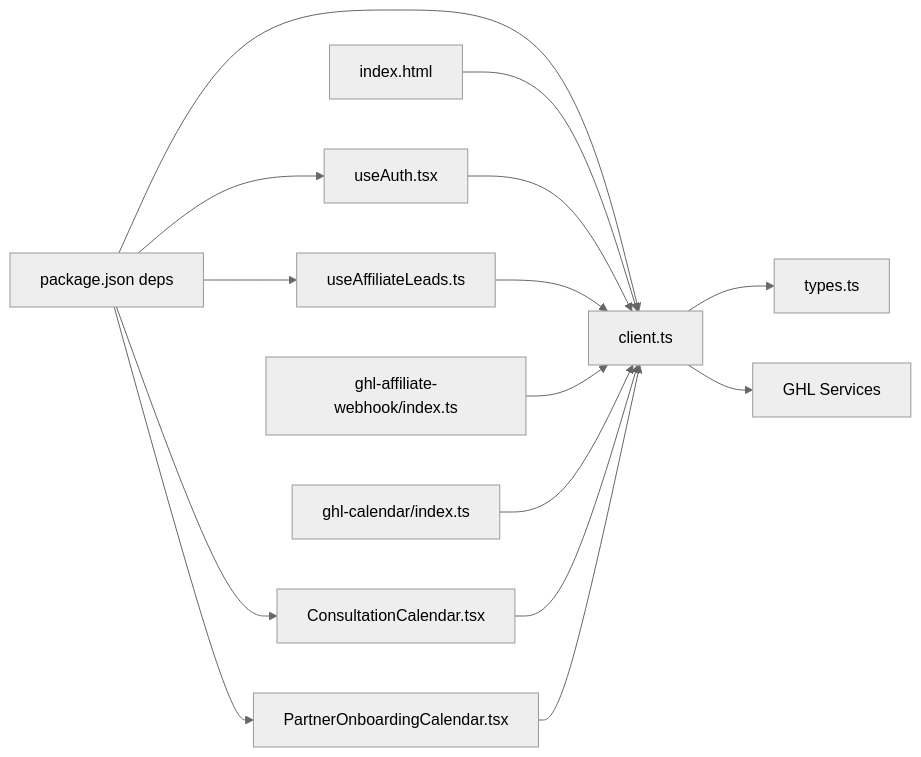
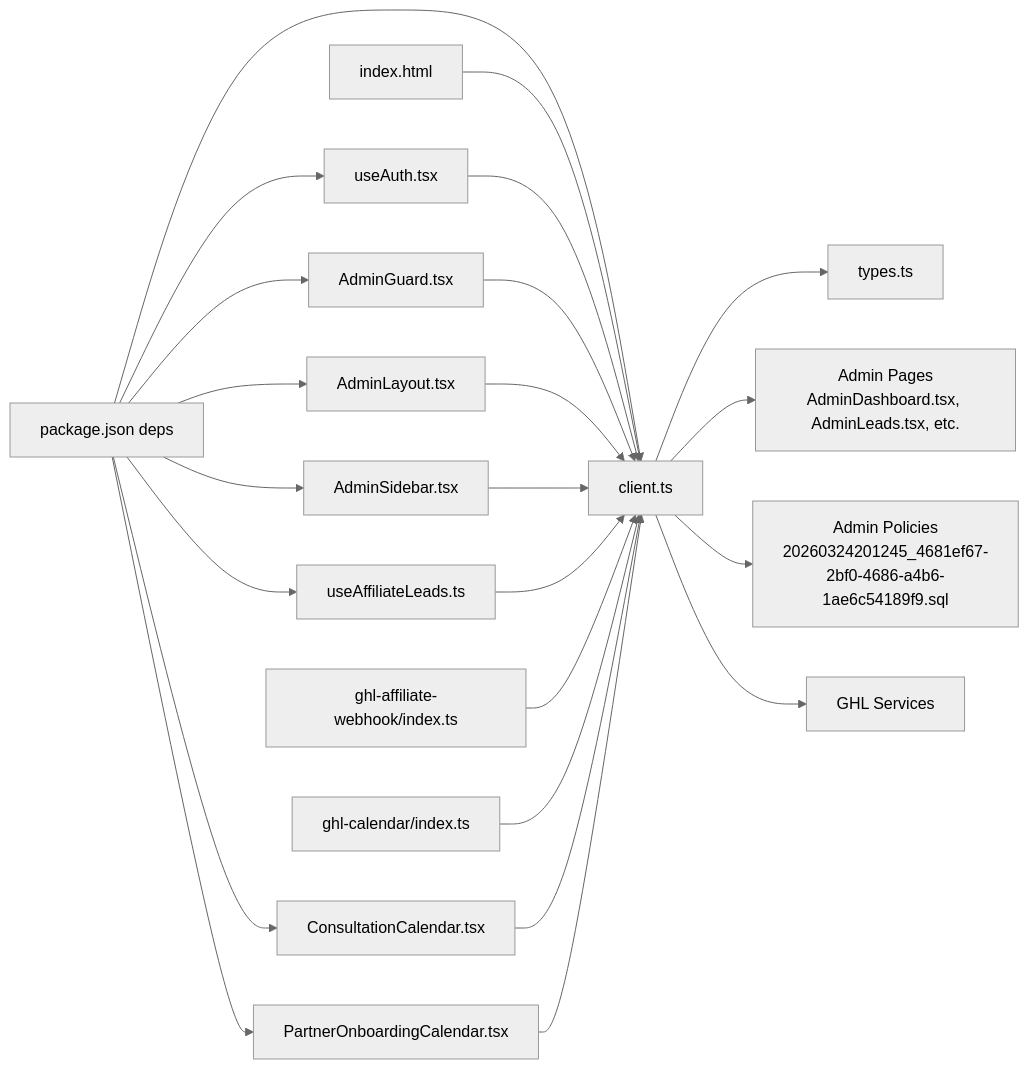
Before and after one commit to Hawky1/ryland: the tenth of 10 diagrams in .qoder/repowiki/en/content/Data Layer & Supabase Integration.md, drawn with Mermaid (neutral theme). The commit also changed other lines of this file and 6 other files, not shown here.

````diff
--- a/.qoder/repowiki/en/content/Data Layer & Supabase Integration.md
+++ b/.qoder/repowiki/en/content/Data Layer & Supabase Integration.md
@@ -581,28 +759,41 @@
 ```mermaid
 graph LR
 Package["package.json deps"]
 Client["client.ts"]
 Types["types.ts"]
 Auth["useAuth.tsx"]
+AdminGuard["AdminGuard.tsx"]
+AdminLayout["AdminLayout.tsx"]
+AdminSidebar["AdminSidebar.tsx"]
 Leads["useAffiliateLeads.ts"]
 Func["ghl-affiliate-webhook/index.ts"]
 CalFunc["ghl-calendar/index.ts"]
 ConsultCal["ConsultationCalendar.tsx"]
 PartnerCal["PartnerOnboardingCalendar.tsx"]
 HTML["index.html"]
 GHL["GHL Services"]
+AdminPages["Admin Pages<br/>AdminDashboard.tsx, AdminLeads.tsx, etc."]
+AdminMig["Admin Policies<br/>20260324201245_4681ef67-2bf0-4686-a4b6-1ae6c54189f9.sql"]
 Package --> Client
 Package --> Auth
+Package --> AdminGuard
+Package --> AdminLayout
+Package --> AdminSidebar
 Package --> Leads
 Package --> ConsultCal
 Package --> PartnerCal
 HTML --> Client
 Client --> Types
 Auth --> Client
+AdminGuard --> Client
+AdminLayout --> Client
+AdminSidebar --> Client
 Leads --> Client
 Func --> Client
 CalFunc --> Client
 ConsultCal --> Client
 PartnerCal --> Client
+Client --> AdminPages
+Client --> AdminMig
 Client --> GHL
 ```
````
